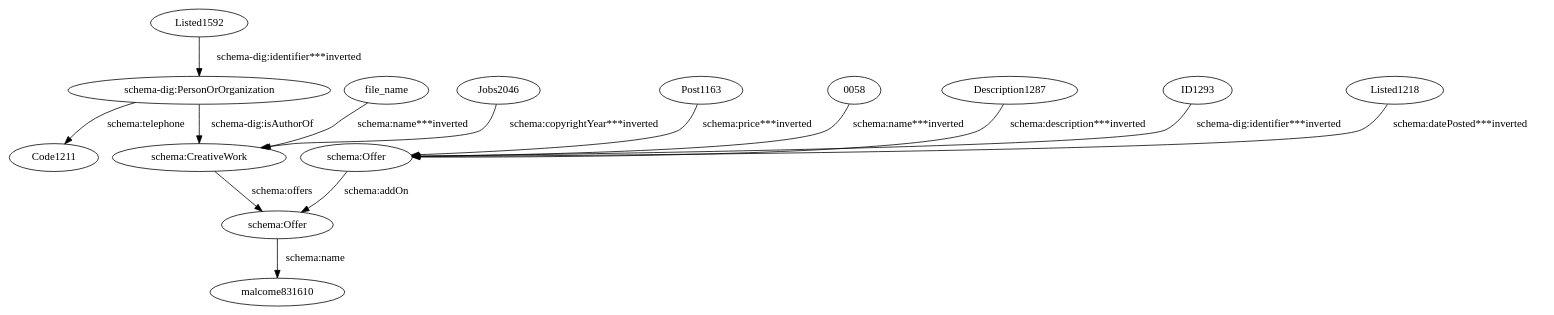
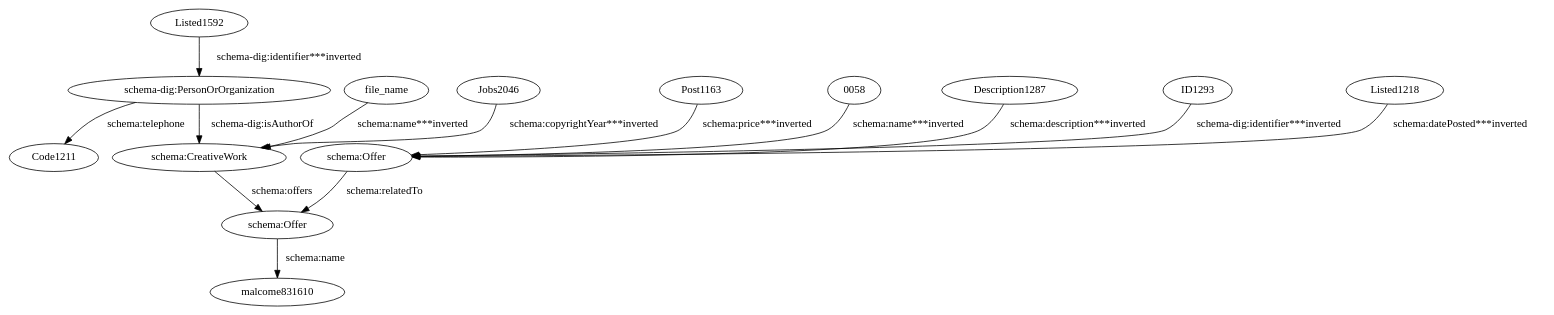
The diagram in evaluation/taheriyan2016/task_04/semantic_models_steiner/dot/kyclassifieds.dot (giuseppefutia/semi), drawn with Graphviz before and after one commit. The commit also changed 49 other files, not shown here.

```diff
--- a/evaluation/taheriyan2016/task_04/semantic_models_steiner/dot/kyclassifieds.dot
+++ b/evaluation/taheriyan2016/task_04/semantic_models_steiner/dot/kyclassifieds.dot
@@ -1,29 +1,29 @@
 digraph {
   "0058" [type=attribute_name,label="0058"]
   "schema:Offer1" [type=class_uri,label="schema:Offer"]
   Description1287 [type=attribute_name,label=Description1287]
   ID1293 [type=attribute_name,label=ID1293]
   Jobs2046 [type=attribute_name,label=Jobs2046]
   "schema:CreativeWork1" [type=class_uri,label="schema:CreativeWork"]
   Listed1218 [type=attribute_name,label=Listed1218]
   Listed1592 [type=attribute_name,label=Listed1592]
   "schema-dig:PersonOrOrganization1" [type=class_uri,label="schema-dig:PersonOrOrganization"]
   Post1163 [type=attribute_name,label=Post1163]
   file_name [type=attribute_name,label=file_name]
   Code1211 [type=attribute_name,label=Code1211]
   "schema:Offer2" [type=class_uri,label="schema:Offer"]
   malcome831610 [type=attribute_name,label=malcome831610]
   "0058" -> "schema:Offer1" [type=st_property_uri,label="schema:name***inverted",weight=1]
   Description1287 -> "schema:Offer1" [type=st_property_uri,label="schema:description***inverted",weight=1]
   ID1293 -> "schema:Offer1" [type=st_property_uri,label="schema-dig:identifier***inverted",weight=1]
   Jobs2046 -> "schema:CreativeWork1" [type=st_property_uri,label="schema:copyrightYear***inverted",weight=1]
   Listed1218 -> "schema:Offer1" [type=st_property_uri,label="schema:datePosted***inverted",weight=1]
   Listed1592 -> "schema-dig:PersonOrOrganization1" [type=st_property_uri,label="schema-dig:identifier***inverted",weight=1]
   Post1163 -> "schema:Offer1" [type=st_property_uri,label="schema:price***inverted",weight=1]
   file_name -> "schema:CreativeWork1" [type=st_property_uri,label="schema:name***inverted",weight=1]
   "schema-dig:PersonOrOrganization1" -> Code1211 [label="schema:telephone",type=st_property_uri]
   "schema-dig:PersonOrOrganization1" -> "schema:CreativeWork1" [label="schema-dig:isAuthorOf",type=direct_property_uri,weight=100]
   "schema:CreativeWork1" -> "schema:Offer2" [label="schema:offers",type=direct_property_uri,weight=100]
-  "schema:Offer1" -> "schema:Offer2" [label="schema:addOn",type=direct_property_uri,weight=100]
+  "schema:Offer1" -> "schema:Offer2" [label="schema:relatedTo",type=direct_property_uri,weight=100]
   "schema:Offer2" -> malcome831610 [label="schema:name",type=st_property_uri]
 }
```
